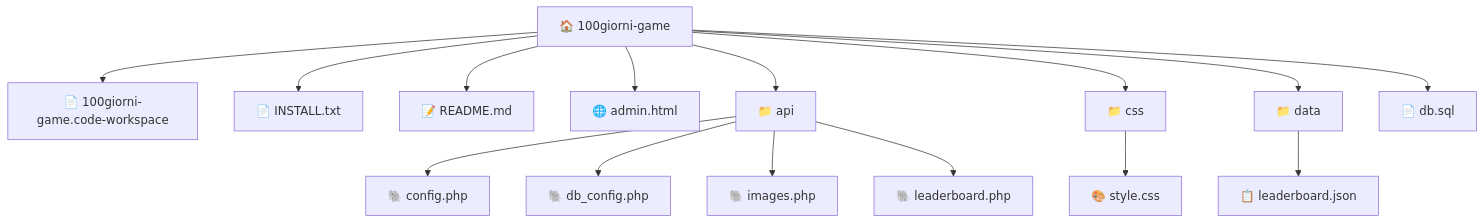
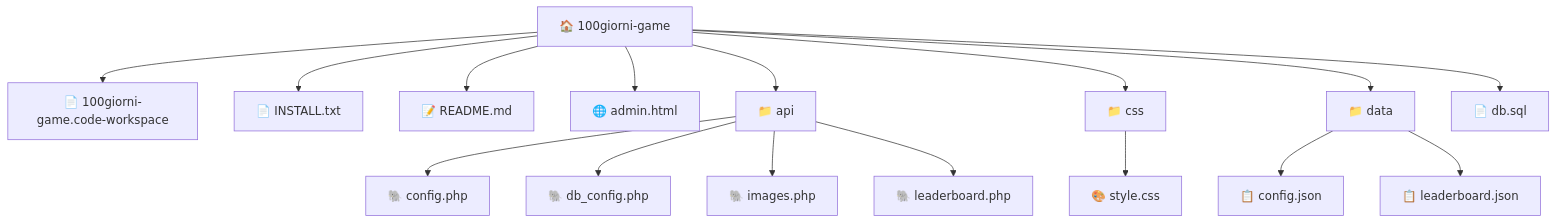
Before and after one commit to Ronfo2013/cda-game: the diagram in .github/copilot-instructions.md, drawn with Mermaid. The commit also changed other lines of this file and 6 other files, not shown here.

````diff
--- a/.github/copilot-instructions.md
+++ b/.github/copilot-instructions.md
@@ -38,18 +39,19 @@
 ```mermaid
 graph TD
     100giorni_game[🏠 100giorni-game]
     100giorni_game --> 100giorni_game_100giorni_game_code_workspace[📄 100giorni-game.code-workspace]
     100giorni_game --> 100giorni_game_INSTALL_txt[📄 INSTALL.txt]
     100giorni_game --> 100giorni_game_README_md[📝 README.md]
     100giorni_game --> 100giorni_game_admin_html[🌐 admin.html]
     100giorni_game --> 100giorni_game_api[📁 api]
     100giorni_game_api --> 100giorni_game_api_config_php[🐘 config.php]
     100giorni_game_api --> 100giorni_game_api_db_config_php[🐘 db_config.php]
     100giorni_game_api --> 100giorni_game_api_images_php[🐘 images.php]
     100giorni_game_api --> 100giorni_game_api_leaderboard_php[🐘 leaderboard.php]
     100giorni_game --> 100giorni_game_css[📁 css]
     100giorni_game_css --> 100giorni_game_css_style_css[🎨 style.css]
     100giorni_game --> 100giorni_game_data[📁 data]
+    100giorni_game_data --> 100giorni_game_data_config_json[📋 config.json]
     100giorni_game_data --> 100giorni_game_data_leaderboard_json[📋 leaderboard.json]
     100giorni_game --> 100giorni_game_db_sql[📄 db.sql]
 ```
````
